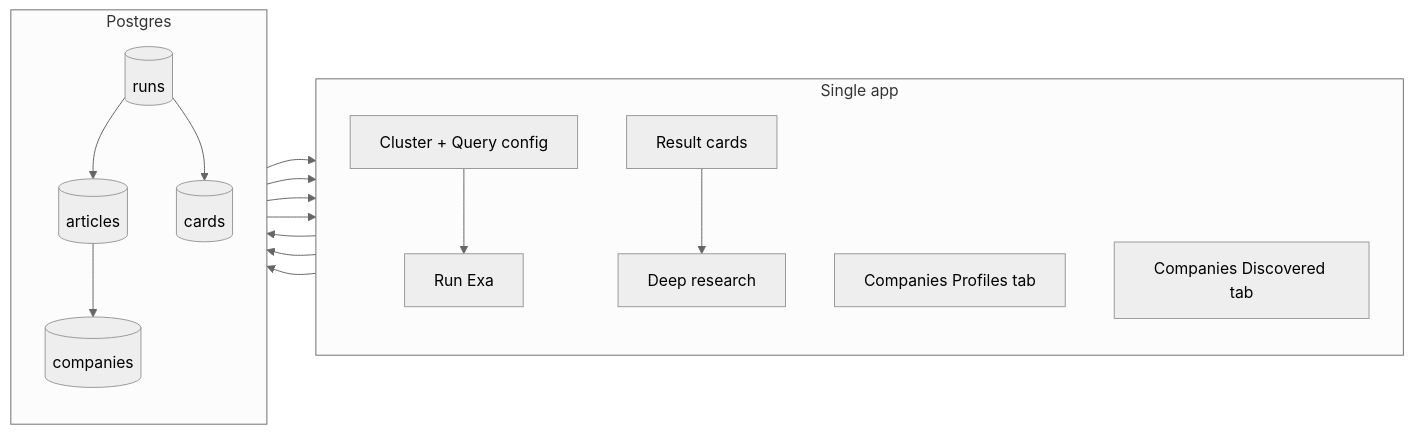
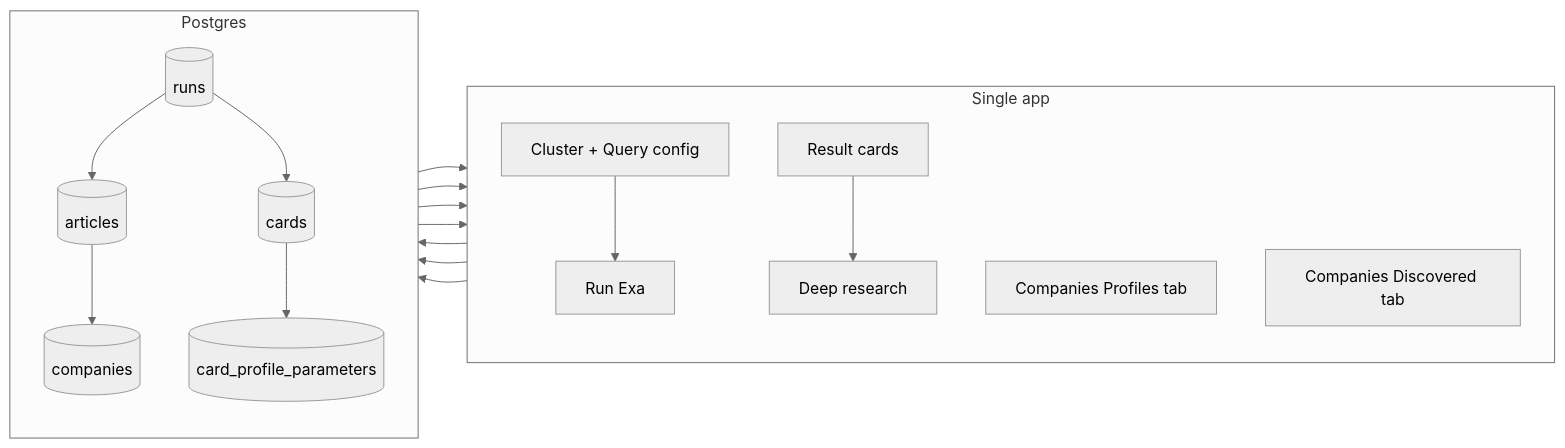
Before and after one commit to Growth-Maschine/NORAD-INTEL-ENGINE-V1: the tenth of 10 diagrams in docs/phase-1/P1-04-admin.md, drawn with Mermaid (neutral theme). The commit also changed other lines of this file and 14 other files, not shown here.

````diff
--- a/docs/phase-1/P1-04-admin.md
+++ b/docs/phase-1/P1-04-admin.md
@@ -1160,31 +1189,33 @@
 ```mermaid
 flowchart LR
     subgraph App["Single app"]
         direction TB
         A1[Cluster + Query config]
         A2[Run Exa]
         A3[Result cards]
         A4[Deep research]
         B1[Companies Profiles tab]
         B2[Companies Discovered tab]
     end
 
     subgraph DB["Postgres"]
         direction TB
         R[(runs)]
         ART[(articles)]
         C[(companies)]
         K[(cards)]
+        P[(card_profile_parameters)]
     end
 
     A1 --> A2 --> R
     R --> ART
     ART --> C
     ART --> A3
     A3 --> A4 --> R
     A4 --> C
     R --> K
+    K --> P
     K --> B1
     C --> B2
     C --> B1
 ```
````
